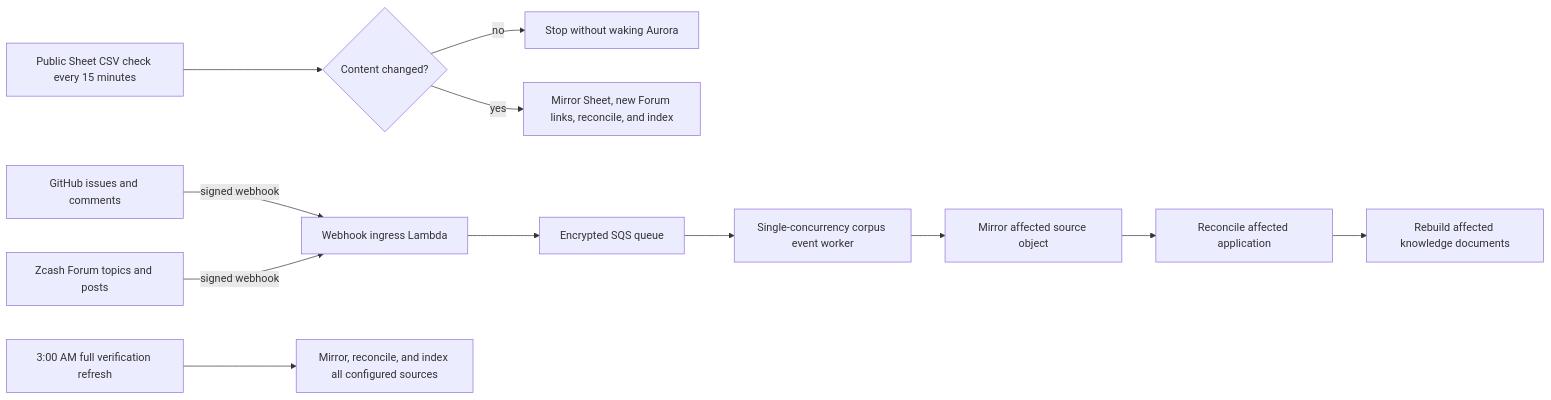
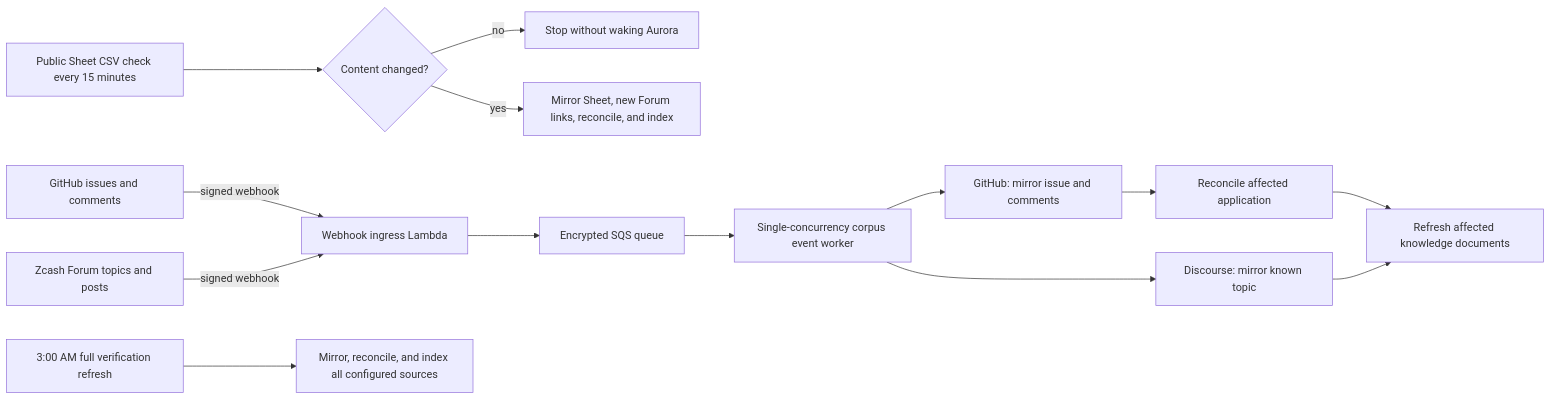
The diagram in docs/deployment/hybrid-corpus-refresh.md (paulbrigner/ZCG), drawn with Mermaid before and after one commit. The commit also changed other lines of this file and 8 other files, not shown here.

````diff
--- a/docs/deployment/hybrid-corpus-refresh.md
+++ b/docs/deployment/hybrid-corpus-refresh.md
@@ -11,14 +11,16 @@
 ```mermaid
 flowchart LR
     github["GitHub issues and comments"] -->|"signed webhook"| ingress
     discourse["Zcash Forum topics and posts"] -->|"signed webhook"| ingress
     sheetPoll["Public Sheet CSV check every 15 minutes"] --> checksum{"Content changed?"}
     checksum -->|"no"| stop["Stop without waking Aurora"]
     checksum -->|"yes"| sheetRefresh["Mirror Sheet, new Forum links, reconcile, and index"]
     ingress["Webhook ingress Lambda"] --> queue["Encrypted SQS queue"]
     queue --> worker["Single-concurrency corpus event worker"]
-    worker --> mirror["Mirror affected source object"]
-    mirror --> reconcile["Reconcile affected application"]
-    reconcile --> index["Rebuild affected knowledge documents"]
+    worker --> githubMirror["GitHub: mirror issue and comments"]
+    githubMirror --> reconcile["Reconcile affected application"]
+    reconcile --> index["Refresh affected knowledge documents"]
+    worker --> forumMirror["Discourse: mirror known topic"]
+    forumMirror --> index
     full["3:00 AM full verification refresh"] --> mirrorAll["Mirror, reconcile, and index all configured sources"]
 ```
````
